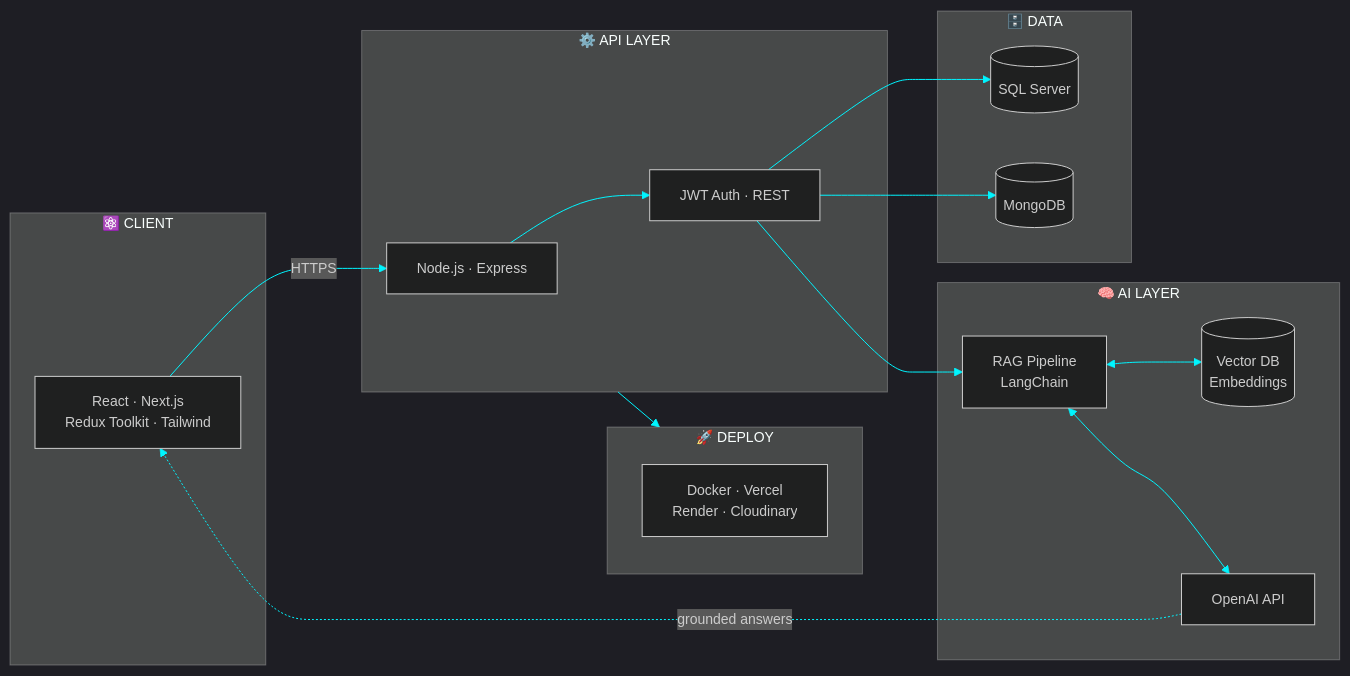
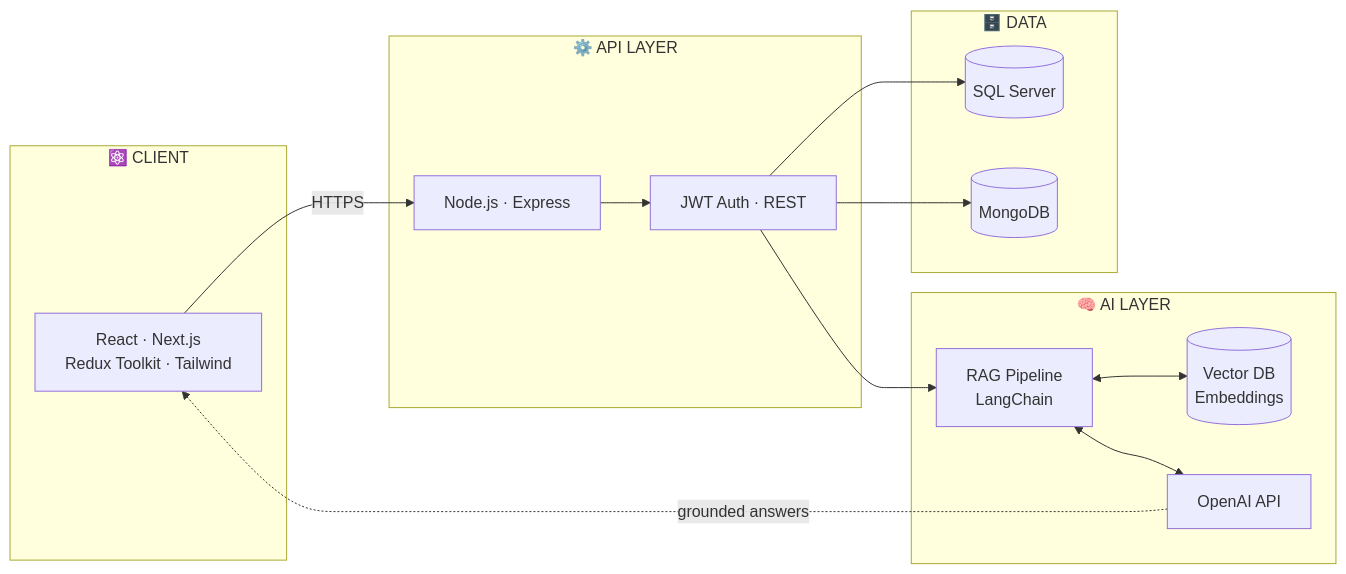
One commit to KAJA-MOIDEEN/KAJA-MOIDEEN changed the first of 3 diagrams in README.md. Above: the diagram before and after it, drawn with Mermaid. The commit also changed other lines of this file, not shown here.

````diff
--- a/README.md
+++ b/README.md
@@ -236,34 +150,27 @@
 ```mermaid
-%%{init: {'theme':'dark','themeVariables':{
-  'primaryColor':'#0d1130','primaryTextColor':'#e8ecff','primaryBorderColor':'#6C63FF',
-  'lineColor':'#00F5FF','secondaryColor':'#1a1040','tertiaryColor':'#050816',
-  'fontFamily':'JetBrains Mono, monospace','fontSize':'14px'}}}%%
 flowchart LR
     subgraph CLIENT["⚛️ CLIENT"]
         A["React · Next.js<br/>Redux Toolkit · Tailwind"]
     end
     subgraph SERVER["⚙️ API LAYER"]
         B["Node.js · Express"]
         C["JWT Auth · REST"]
     end
     subgraph DATA["🗄️ DATA"]
         D[("SQL Server")]
         E[("MongoDB")]
     end
     subgraph AI["🧠 AI LAYER"]
         F["OpenAI API"]
         G["RAG Pipeline<br/>LangChain"]
         H[("Vector DB<br/>Embeddings")]
     end
-    subgraph DEPLOY["🚀 DEPLOY"]
-        I["Docker · Vercel<br/>Render · Cloudinary"]
-    end
 
     A -->|HTTPS| B --> C
-    C --> D & E
+    C --> D
+    C --> E
     C --> G
     G <--> H
     G <--> F
-    F -.->|"grounded answers"| A
-    SERVER --> DEPLOY
+    F -.->|grounded answers| A
 ```
````
